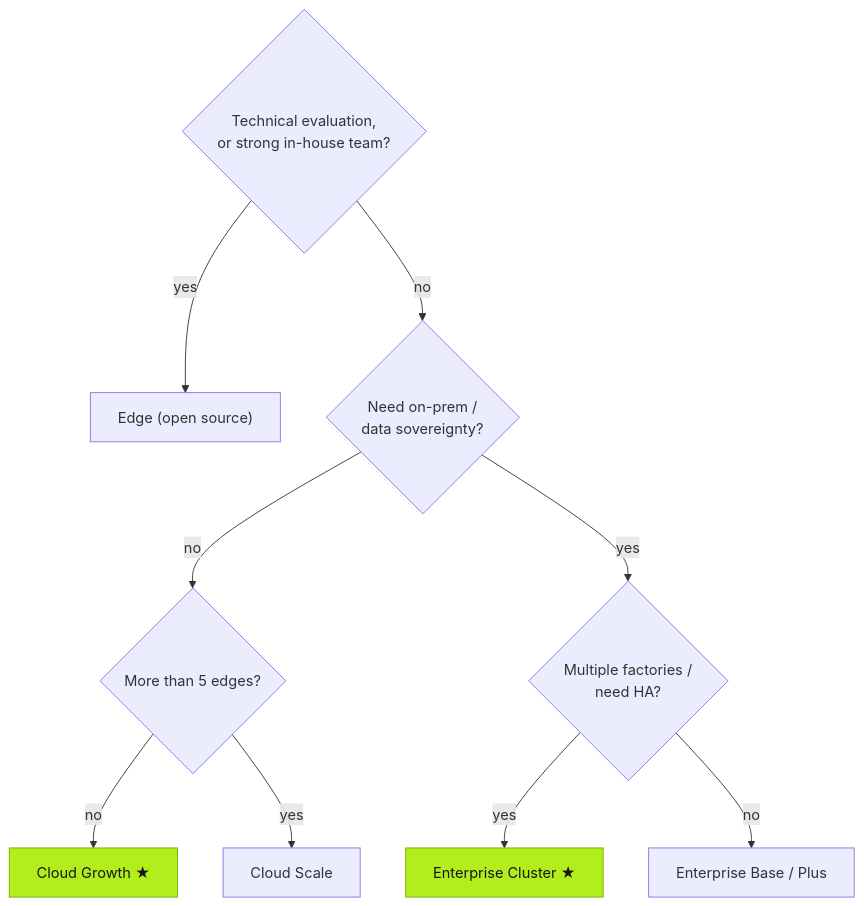
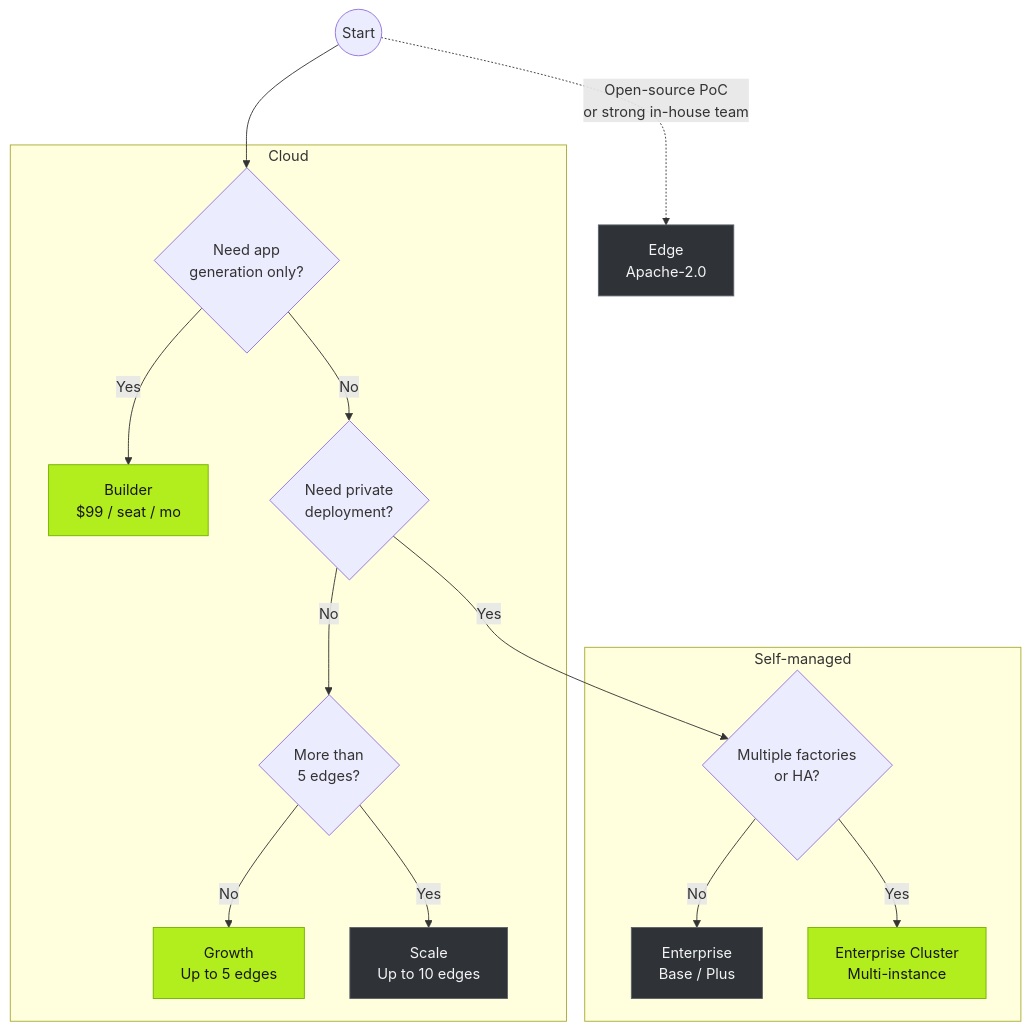
One commit to FREEZONEX/Tier0-docs-site changed the diagram in src/content/docs/get-started/choosing-version.mdx. Above: the diagram before and after it, drawn with Mermaid. The commit also changed other lines of this file and 15 other files, not shown here.

````diff
--- a/src/content/docs/get-started/choosing-version.mdx
+++ b/src/content/docs/get-started/choosing-version.mdx
@@ -91,13 +119,25 @@
 ```mermaid
 flowchart TD
-  q1{"Technical evaluation,<br/>or strong in-house team?"} -- "yes" --> edge["Edge (open source)"]
-  q1 -- "no" --> q2{"Need on-prem /<br/>data sovereignty?"}
-  q2 -- "no" --> q3{"More than 5 edges?"}
-  q2 -- "yes" --> q4{"Multiple factories /<br/>need HA?"}
-  q3 -- "no" --> growth["Cloud Growth ★"]
-  q3 -- "yes" --> scale["Cloud Scale"]
-  q4 -- "yes" --> cluster["Enterprise Cluster ★"]
-  q4 -- "no" --> baseplus["Enterprise Base / Plus"]
+  start(("Start")) --> appOnly{"Need app<br/>generation only?"}
+
+  subgraph cloud["Cloud"]
+    appOnly -- "Yes" --> builder["Builder<br/>$99 / seat / mo"]
+    appOnly -- "No" --> selfHost{"Need private<br/>deployment?"}
+    selfHost -- "No" --> edgeCount{"More than<br/>5 edges?"}
+    edgeCount -- "No" --> growth["Growth<br/>Up to 5 edges"]
+    edgeCount -- "Yes" --> scale["Scale<br/>Up to 10 edges"]
+  end
+
+  subgraph selfManaged["Self-managed"]
+    selfHost -- "Yes" --> multiSite{"Multiple factories<br/>or HA?"}
+    multiSite -- "No" --> basePlus["Enterprise<br/>Base / Plus"]
+    multiSite -- "Yes" --> cluster["Enterprise Cluster<br/>Multi-instance"]
+  end
+
+  start -. "Open-source PoC<br/>or strong in-house team" .-> edge["Edge<br/>Apache-2.0"]
+
   classDef t0accent fill:#B2ED1D,stroke:#73B200,color:#171717
-  class growth,cluster t0accent
+  classDef t0muted fill:#2f3338,stroke:#5a626b,color:#f4f4f4
+  class builder,growth,cluster t0accent
+  class edge,scale,basePlus t0muted
 ```
````
